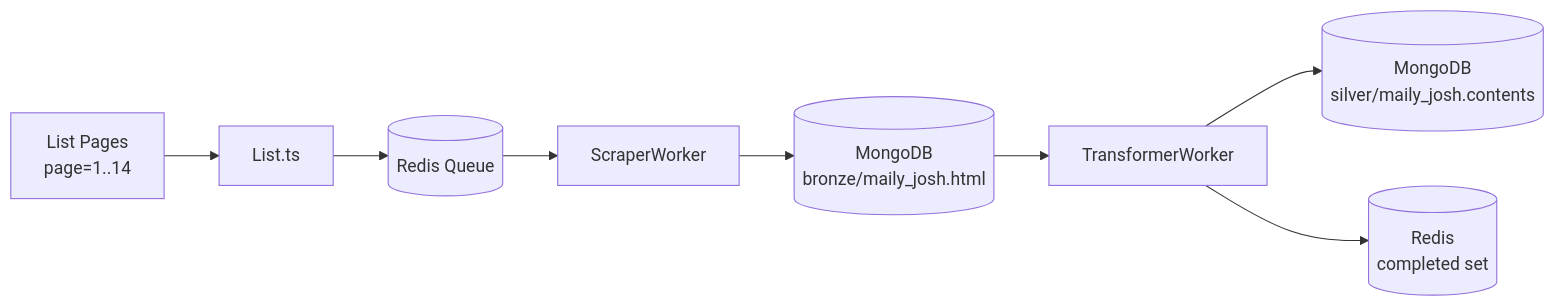
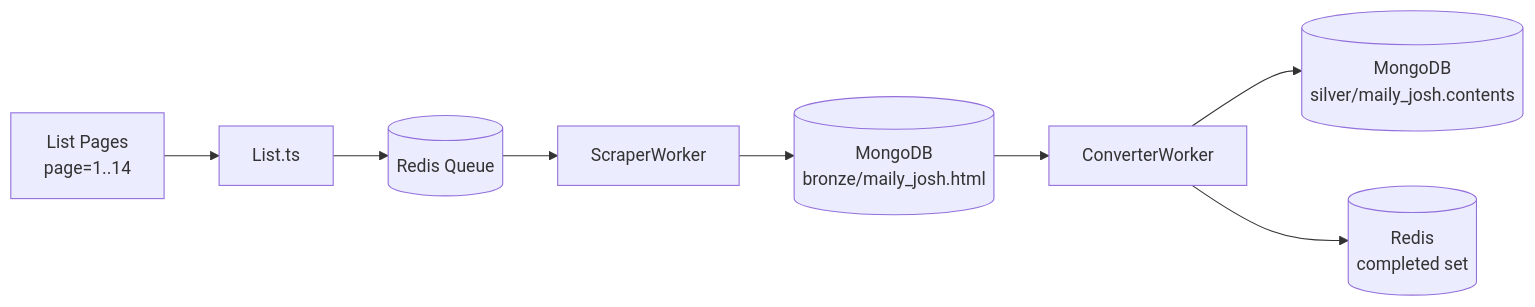
The diagram in src/crawler/sites/maily/josh/README.md (ejpark78/scraper), drawn with Mermaid before and after one commit. The commit also changed other lines of this file and 39 other files, not shown here.

````diff
--- a/src/crawler/sites/maily/josh/README.md
+++ b/src/crawler/sites/maily/josh/README.md
@@ -21,10 +21,10 @@
 ```mermaid
 flowchart LR
   Pages[List Pages<br/>page=1..14] --> List[List.ts]
   List --> Redis[(Redis Queue)]
   Redis --> SW[ScraperWorker]
   SW --> Bronze[(MongoDB<br/>bronze/maily_josh.html)]
-  Bronze --> TW[TransformerWorker]
-  TW --> Silver[(MongoDB<br/>silver/maily_josh.contents)]
-  TW --> Redis2[(Redis<br/>completed set)]
+  Bronze --> CW[ConverterWorker]
+  CW --> Silver[(MongoDB<br/>silver/maily_josh.contents)]
+  CW --> Redis2[(Redis<br/>completed set)]
 ```
````
